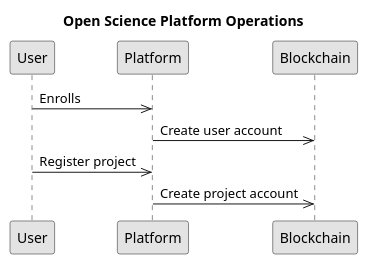
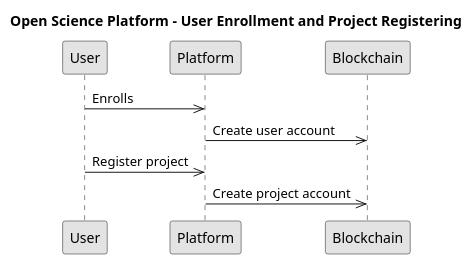
One commit to OliveiraEdu/d-OSP changed the diagram in diagrams/plantUML/c4_platform_operations_1.wsd. Above: the diagram before and after it, drawn with PlantUML. The commit also changed 11 other files, not shown here.

```diff
--- a/diagrams/plantUML/c4_platform_operations_1.wsd
+++ b/diagrams/plantUML/c4_platform_operations_1.wsd
@@ -1,17 +1,17 @@
 @startuml
 
 skinparam monochrome true
 
-title Open Science Platform Operations
+title Open Science Platform - User Enrollment and Project Registering
 
 participant User as "User"
 participant Platform as "Platform"
 participant Blockchain as "Blockchain"
 
 User ->> Platform: Enrolls
 Platform ->> Blockchain: Create user account
 User ->> Platform: Register project
 Platform ->> Blockchain: Create project account
 
 
 @enduml
```
